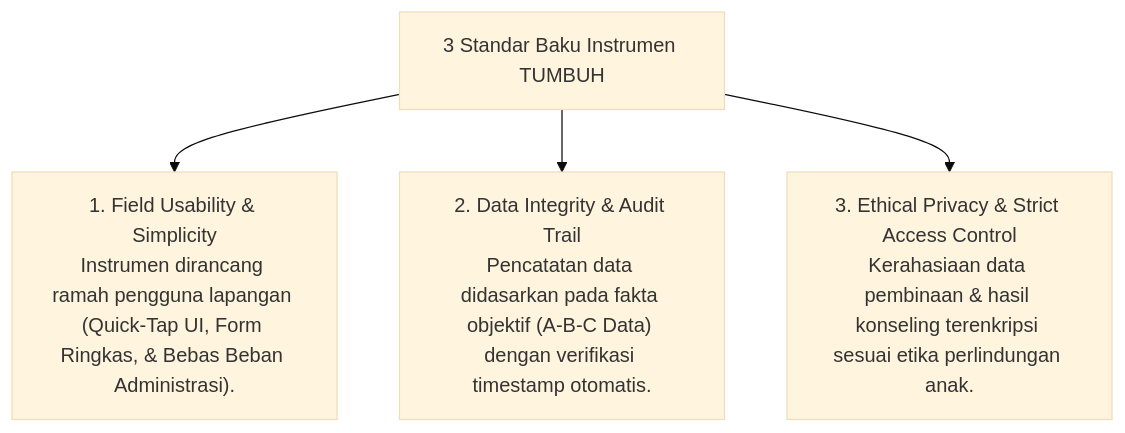
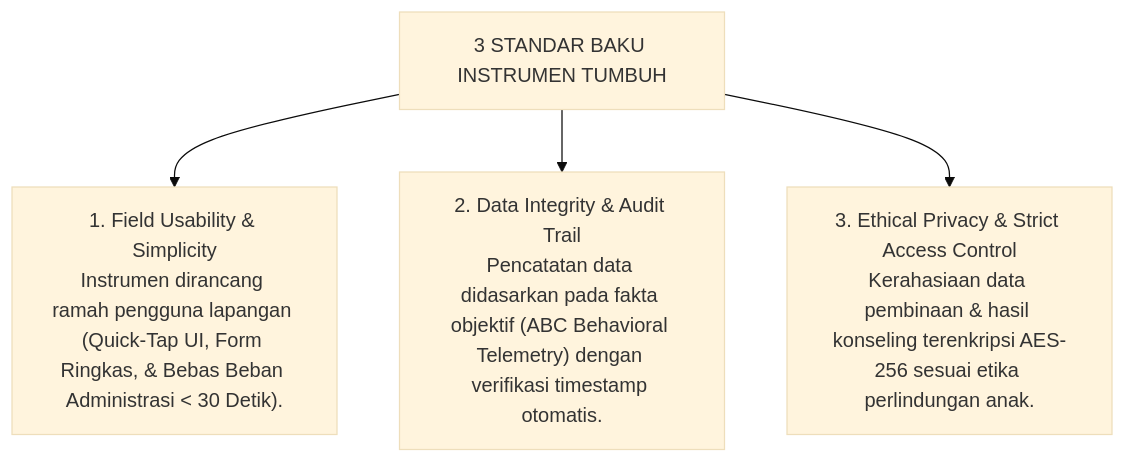
Before and after one commit to wandiapriliyandi/tumbuh: the first of 2 diagrams in 11 Tools/P11-00-Tools-Induk.md, drawn with Mermaid (base theme). The commit also changed other lines of this file and 1 other file, not shown here.

Commit message:
docs: finalize Domain 11 Master Monograph and P11-00 Induk Tools

````diff
--- a/11 Tools/P11-00-Tools-Induk.md
+++ b/11 Tools/P11-00-Tools-Induk.md
@@ -14,7 +16,7 @@
 ```mermaid
 graph TD
-    ToolsStandards["3 Standar Baku Instrumen TUMBUH"]
-    ToolsStandards --> UsabilityField["1. Field Usability & Simplicity<br/>Instrumen dirancang ramah pengguna lapangan (Quick-Tap UI, Form Ringkas, & Bebas Beban Administrasi)."]
-    ToolsStandards --> DataIntegritas["2. Data Integrity & Audit Trail<br/>Pencatatan data didasarkan pada fakta objektif (A-B-C Data) dengan verifikasi timestamp otomatis."]
-    ToolsStandards --> EthicalPrivacy["3. Ethical Privacy & Strict Access Control<br/>Kerahasiaan data pembinaan & hasil konseling terenkripsi sesuai etika perlindungan anak."]
+    ToolsStandards["3 STANDAR BAKU INSTRUMEN TUMBUH"]
+    ToolsStandards --> UsabilityField["1. Field Usability & Simplicity<br/>Instrumen dirancang ramah pengguna lapangan (Quick-Tap UI, Form Ringkas, & Bebas Beban Administrasi < 30 Detik)."]
+    ToolsStandards --> DataIntegritas["2. Data Integrity & Audit Trail<br/>Pencatatan data didasarkan pada fakta objektif (ABC Behavioral Telemetry) dengan verifikasi timestamp otomatis."]
+    ToolsStandards --> EthicalPrivacy["3. Ethical Privacy & Strict Access Control<br/>Kerahasiaan data pembinaan & hasil konseling terenkripsi AES-256 sesuai etika perlindungan anak."]
 ```
````
